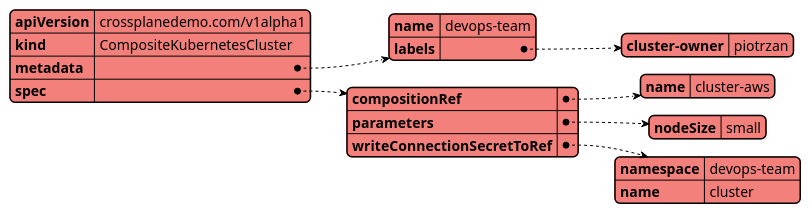
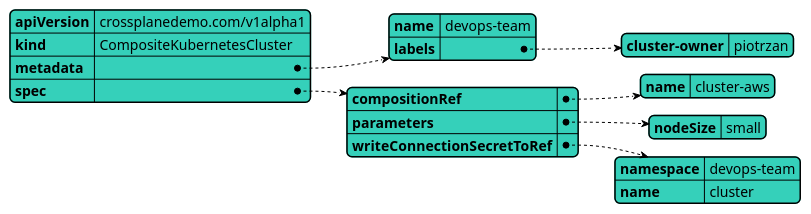
Before and after one commit to Piotr1215/crossplane-demo: the diagram in diagrams/eks-cluster-claim.puml, drawn with PlantUML. The commit also changed 4 other files, not shown here.

Commit message:
diagrams

```diff
--- a/diagrams/eks-cluster-claim.puml
+++ b/diagrams/eks-cluster-claim.puml
@@ -1,28 +1,28 @@
 @startyaml
 <style>
 yamlDiagram {
   BackGroundColor transparent
   node {
-    BackGroundColor #f3807b
+    BackGroundColor #35d0ba
   }
 }
 </style>
 apiVersion: crossplanedemo.com/v1alpha1
 kind: CompositeKubernetesCluster
 metadata:
   name: devops-team
   labels:
     cluster-owner: piotrzan
 spec:
   compositionRef:
     # Possible values cluster-google, cluster-azure, cluster-aws
     name: cluster-aws
   parameters:
     # Possible values small, medium, large
     nodeSize: small
     # version: "1.20"
     # minNodeCount: 2
   writeConnectionSecretToRef:
     namespace: devops-team
     name: cluster
 @endyaml
```
